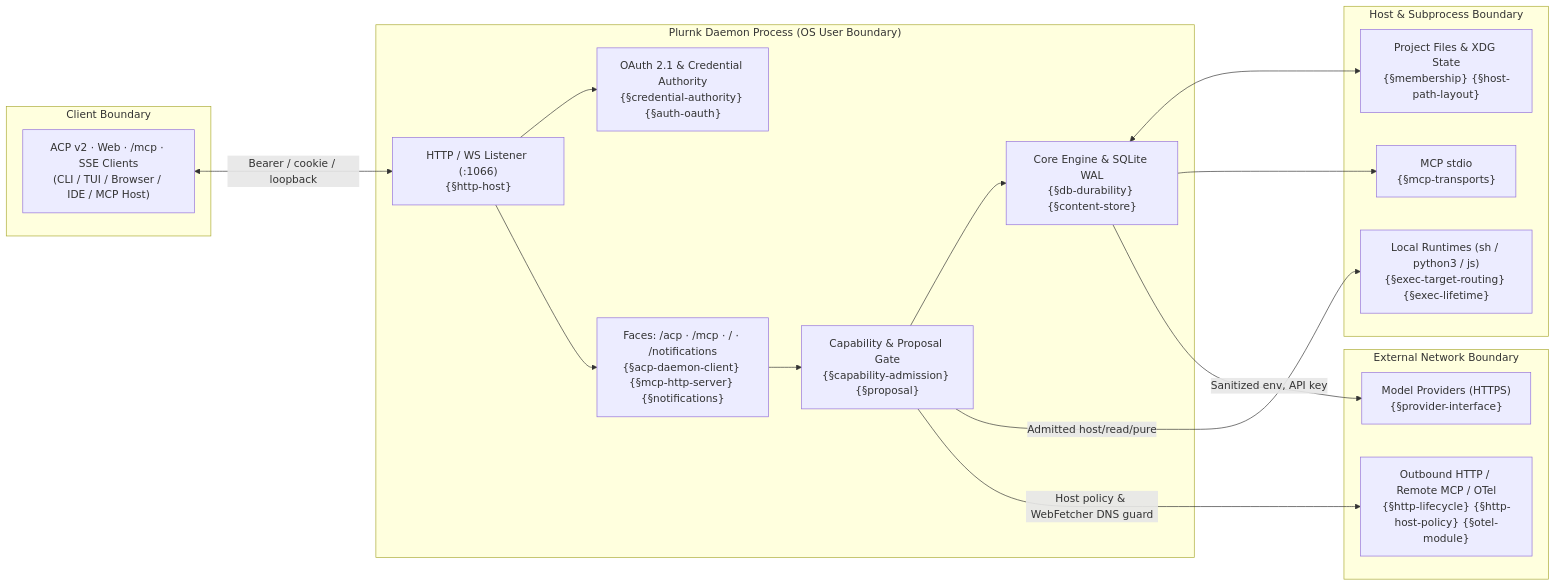
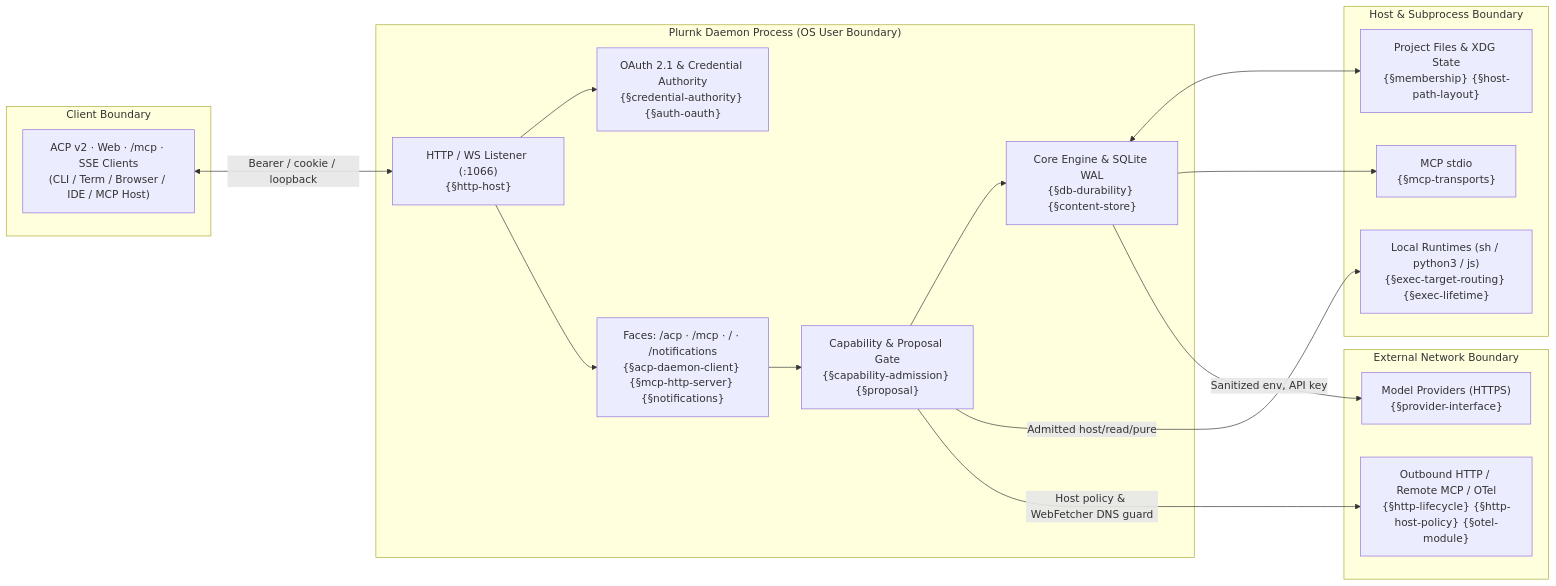
The diagram in ASSURANCE.md (plurnk/plurnk-service), drawn with Mermaid before and after one commit. The commit also changed 12 other files, not shown here.

Commit message:
refactor: migrate remaining TUI references to Term (#1460)

````diff
--- a/ASSURANCE.md
+++ b/ASSURANCE.md
@@ -17,36 +17,36 @@
 ```mermaid
 flowchart LR
     subgraph ClientBoundary["Client Boundary"]
-        Client["ACP v2 · Web · /mcp · SSE Clients<br/>(CLI / TUI / Browser / IDE / MCP Host)"]
+        Client["ACP v2 · Web · /mcp · SSE Clients<br/>(CLI / Term / Browser / IDE / MCP Host)"]
     end
 
     subgraph DaemonBoundary["Plurnk Daemon Process (OS User Boundary)"]
         Listener["HTTP / WS Listener (:1066)<br/>{§http-host}"]
         Auth["OAuth 2.1 & Credential Authority<br/>{§credential-authority} {§auth-oauth}"]
         Faces["Faces: /acp · /mcp · / · /notifications<br/>{§acp-daemon-client} {§mcp-http-server} {§notifications}"]
         Coordinator["Capability & Proposal Gate<br/>{§capability-admission} {§proposal}"]
         Engine["Core Engine & SQLite WAL<br/>{§db-durability} {§content-store}"]
     end
 
     subgraph LocalHost["Host & Subprocess Boundary"]
         FS["Project Files & XDG State<br/>{§membership} {§host-path-layout}"]
         Exec["Local Runtimes (sh / python3 / js)<br/>{§exec-target-routing} {§exec-lifetime}"]
         MCPStdio["MCP stdio<br/>{§mcp-transports}"]
     end
 
     subgraph ExternalNetwork["External Network Boundary"]
         Providers["Model Providers (HTTPS)<br/>{§provider-interface}"]
         RemoteHTTP["Outbound HTTP / Remote MCP / OTel<br/>{§http-lifecycle} {§http-host-policy} {§otel-module}"]
     end
 
     Client <-->|"Bearer / cookie / loopback"| Listener
     Listener --> Auth
     Listener --> Faces
     Faces --> Coordinator
     Coordinator --> Engine
     Engine <--> FS
     Coordinator -->|"Admitted host/read/pure"| Exec
     Engine --> MCPStdio
     Engine -->|"Sanitized env, API key"| Providers
     Coordinator -->|"Host policy & WebFetcher DNS guard"| RemoteHTTP
 ```
````
